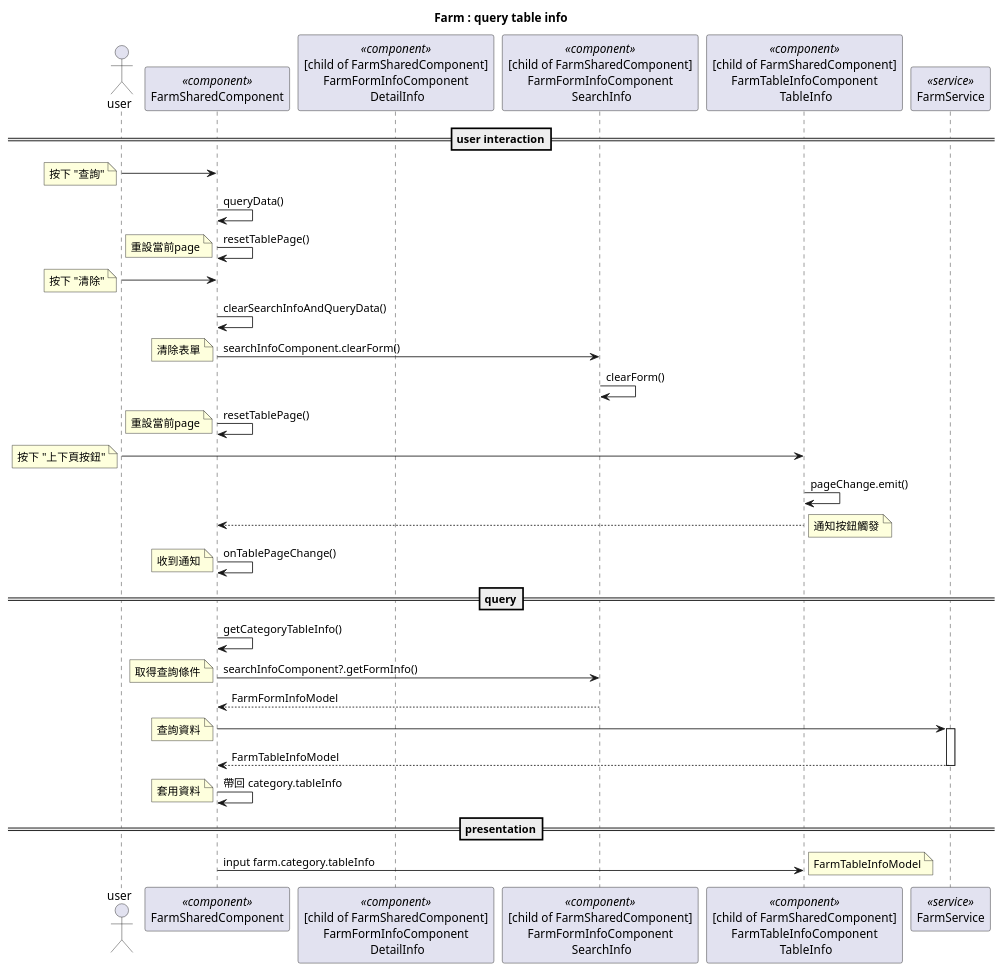
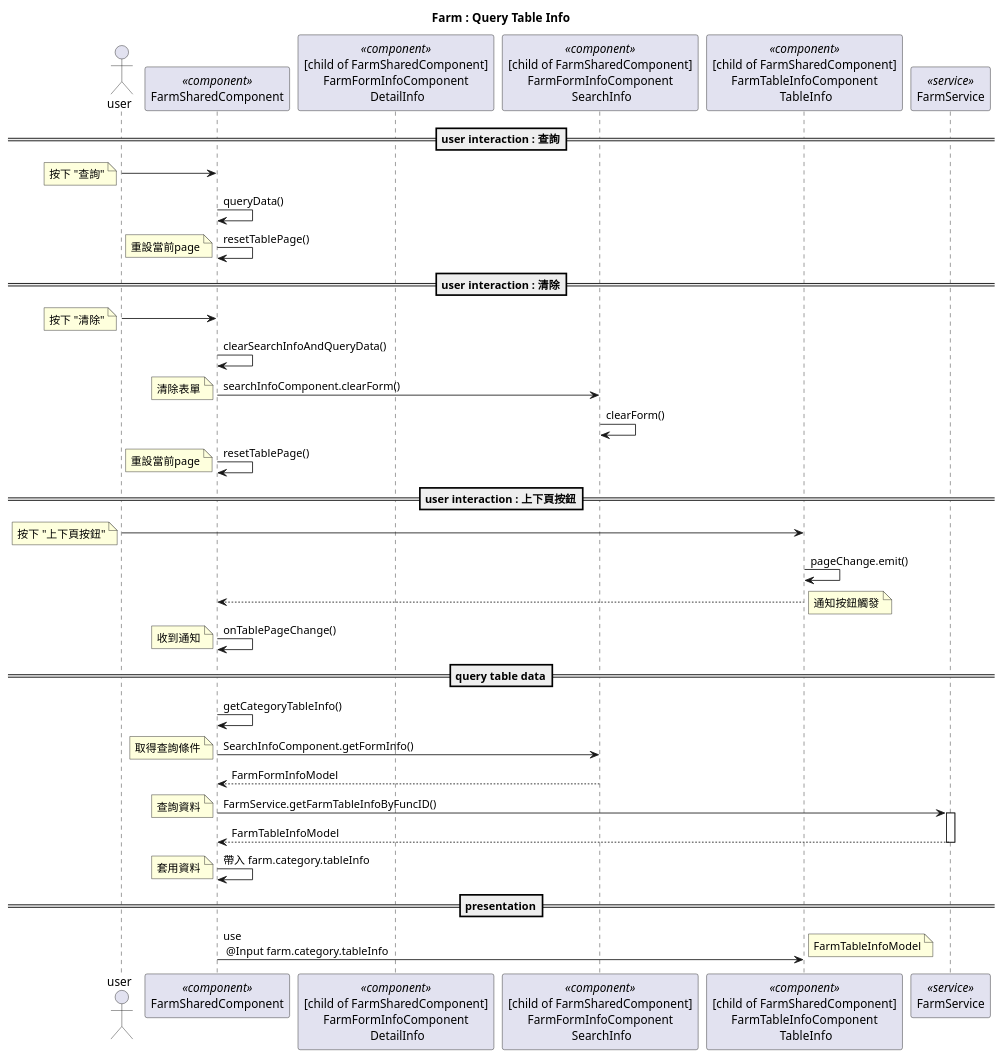
One commit to jef15938/CMS-4.0_FE-githubActions changed the diagram in cms/diagram/farm/3.farm-query-table-info.wsd. Above: the diagram before and after it, drawn with PlantUML. The commit also changed 7 other files, not shown here.

Commit message:
順序圖更新

```diff
--- a/cms/diagram/farm/3.farm-query-table-info.wsd
+++ b/cms/diagram/farm/3.farm-query-table-info.wsd
@@ -1,54 +1,56 @@
 @startuml
-Title Farm : query table info
+Title Farm : Query Table Info
 
 actor user
 participant "FarmSharedComponent" as main << component >>
 participant "[child of FarmSharedComponent]\nFarmFormInfoComponent\n DetailInfo" as detailInfo << component >>
 participant "[child of FarmSharedComponent]\nFarmFormInfoComponent\n SearchInfo" as searchInfo << component >>
 participant "[child of FarmSharedComponent]\nFarmTableInfoComponent\n TableInfo" as tableInfo << component >>
 participant "FarmService" as farmService << service >>
 
-==user interaction==
+==user interaction : 查詢==
 user -> main
 note left: 按下 "查詢"
 main -> main: queryData()
 main -> main: resetTablePage()
 note left: 重設當前page
 
+==user interaction : 清除==
 user -> main
 note left: 按下 "清除"
 main -> main: clearSearchInfoAndQueryData()
 main -> searchInfo: searchInfoComponent.clearForm()
 note left: 清除表單
 searchInfo -> searchInfo: clearForm()
 main -> main: resetTablePage()
 note left: 重設當前page
 
+==user interaction : 上下頁按鈕==
 user -> tableInfo
 note left: 按下 "上下頁按鈕"
 tableInfo -> tableInfo: pageChange.emit()
 tableInfo --> main
 note right: 通知按鈕觸發
 main -> main: onTablePageChange()
 note left: 收到通知
 
-==query==
+==query table data==
 main -> main: getCategoryTableInfo()
-main -> searchInfo: searchInfoComponent?.getFormInfo()
+main -> searchInfo: SearchInfoComponent.getFormInfo()
 note left: 取得查詢條件
 return FarmFormInfoModel
 
-main -> farmService
+main -> farmService: FarmService.getFarmTableInfoByFuncID()
 note left: 查詢資料
 activate farmService
 return FarmTableInfoModel
 
-main -> main: 帶回 category.tableInfo
+main -> main: 帶入 farm.category.tableInfo
 note left: 套用資料
 
 ==presentation==
 
-main -> tableInfo: input farm.category.tableInfo
+main -> tableInfo: use \n @Input farm.category.tableInfo
 note right: FarmTableInfoModel
 
 @enduml
```
